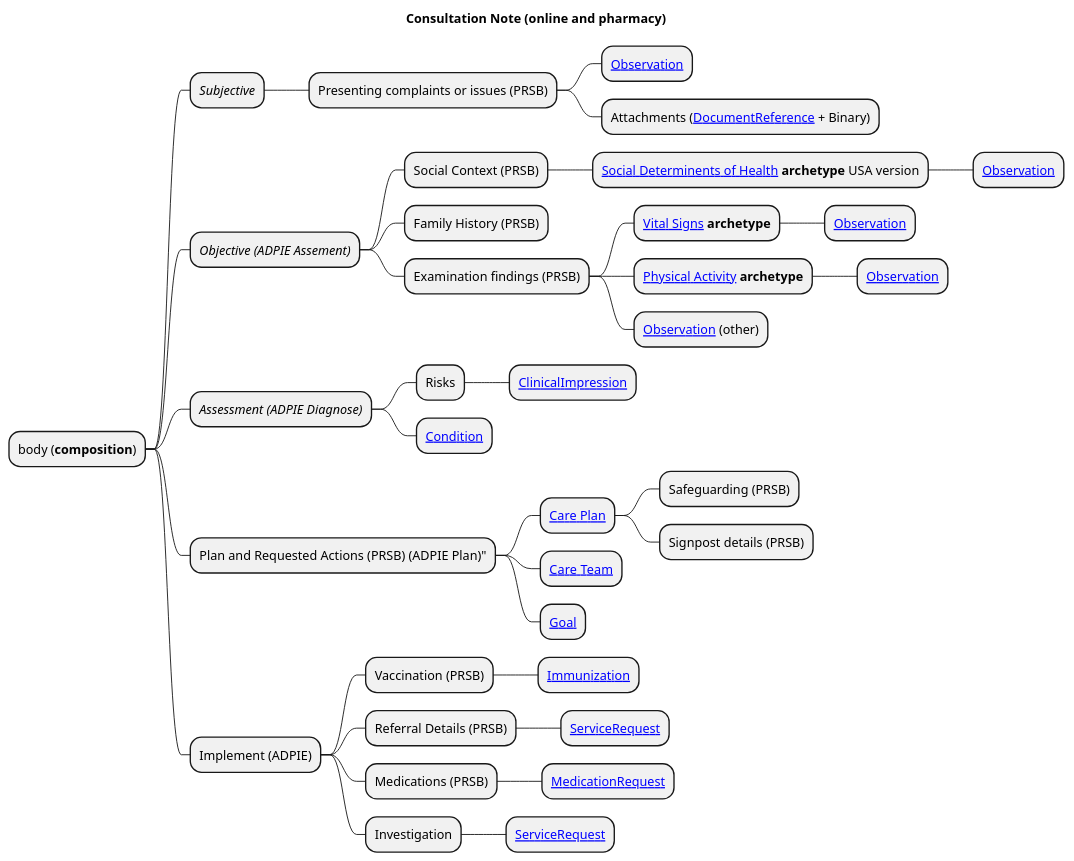
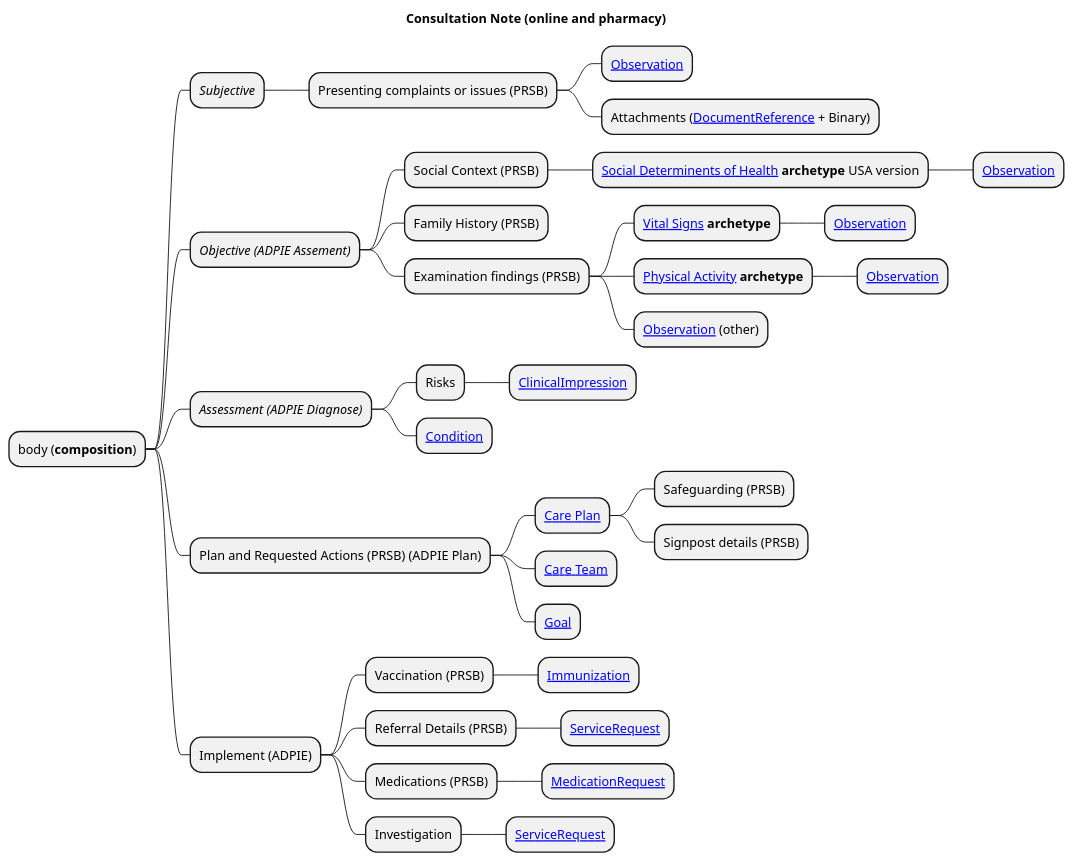
Before and after one commit to Virtually-Healthcare/virtually-healthcare.github.com: the diagram in input/images-source/consultation-note-mindmap.plantuml, drawn with PlantUML.

Commit message:
Added procedure

```diff
--- a/input/images-source/consultation-note-mindmap.plantuml
+++ b/input/images-source/consultation-note-mindmap.plantuml
@@ -1,41 +1,41 @@
 @startmindmap
 
 title "Consultation Note (online and pharmacy)"
 
 * body (**composition**)
 ** <i>Subjective</i>
 *** Presenting complaints or issues (PRSB)
 **** [[StructureDefinition-Observation.html Observation]]
 **** Attachments ([[StructureDefinition-DocumentReference.html DocumentReference]] + Binary)
 ** <i>Objective (ADPIE Assement)</i>
 *** Social Context (PRSB)
 **** [[https://build.fhir.org/ig/HL7/fhir-sdoh-clinicalcare/ Social Determinents of Health]] <b>archetype</b> USA version
 ***** [[StructureDefinition-Observation.html Observation]]
 *** Family History (PRSB)
 *** Examination findings (PRSB)
 **** [[assessments-and-observations.html#vital-signs Vital Signs]] <b>archetype</b>
 ***** [[StructureDefinition-Observation.html Observation]]
 **** [[assessments-and-observations.html#daily-physical-activity Physical Activity]] <b>archetype</b>
 ***** [[StructureDefinition-Observation.html Observation]]
 **** [[StructureDefinition-Observation.html Observation]] (other)
 ** <i>Assessment (ADPIE Diagnose)</i>
 *** Risks
 **** [[StructureDefinition-ClinicalImpression.html ClinicalImpression]]
 *** [[StructureDefinition-Condition.html Condition]]
-** Plan and Requested Actions (PRSB) (ADPIE Plan)"
+** Plan and Requested Actions (PRSB) (ADPIE Plan)
 *** [[StructureDefinition-CarePlan.html Care Plan]]
 **** Safeguarding (PRSB)
 **** Signpost details (PRSB)
 *** [[StructureDefinition-CareTeam.html Care Team]]
 *** [[StructureDefinition-Goal.html Goal]]
 ** Implement (ADPIE)
 *** Vaccination (PRSB)
 **** [[StructureDefinition-Immunization.html Immunization]]
 *** Referral Details (PRSB)
 **** [[StructureDefinition-ServiceRequest.html ServiceRequest]]
 *** Medications (PRSB)
 **** [[StructureDefinition-MedicationRequest.html MedicationRequest]]
 *** Investigation
 **** [[StructureDefinition-ServiceRequest.html ServiceRequest]]
 
 @endmindmap
```
